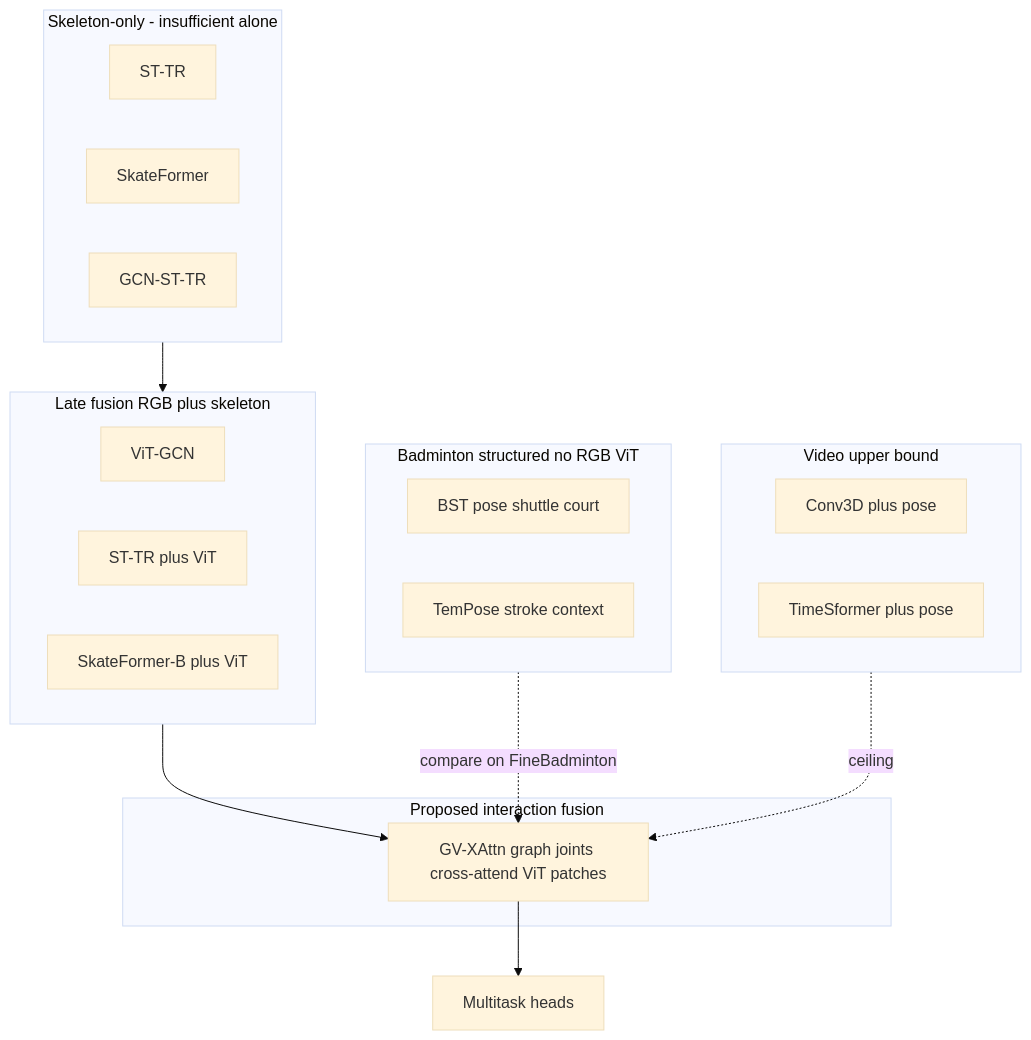
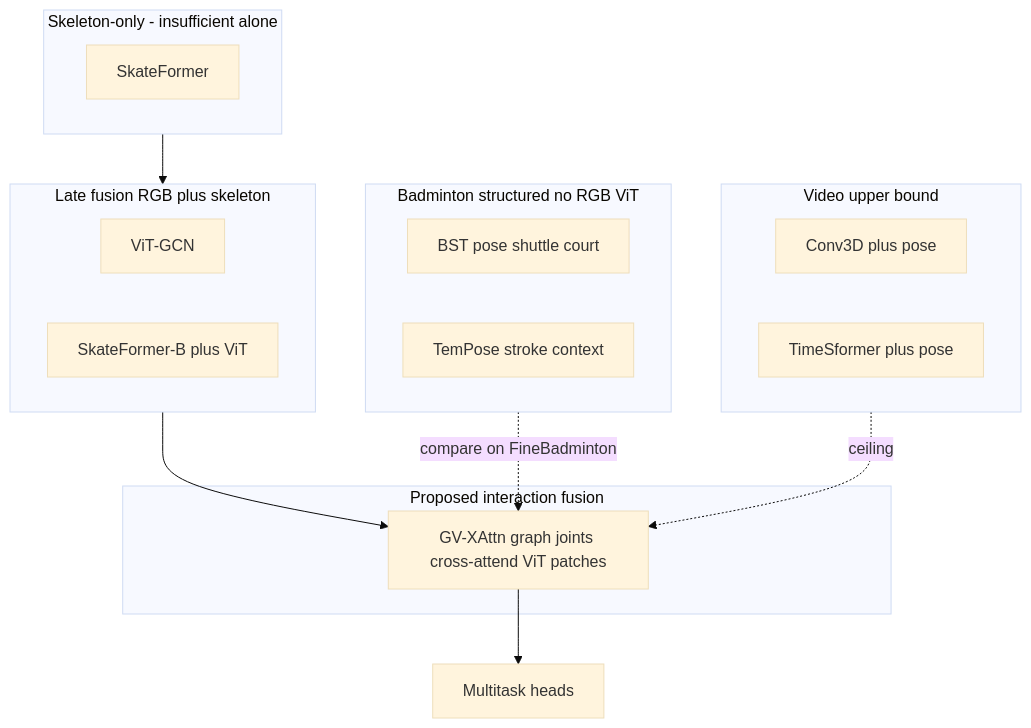
The first of 2 diagrams in docs/plan.md (Navneethd8/BadCoach), drawn with Mermaid (base theme) before and after one commit. The commit also changed other lines of this file and 76 other files, not shown here.

````diff
--- a/docs/plan.md
+++ b/docs/plan.md
@@ -40,34 +40,31 @@
 ```mermaid
 flowchart TB
   subgraph poseOnly [Skeleton-only - insufficient alone]
-    STTR[ST-TR]
     Skate[SkateFormer]
-    GCN[GCN-ST-TR]
   end
 
   subgraph lateFusion [Late fusion RGB plus skeleton]
     ViTGCN[ViT-GCN]
-    STTRViT[ST-TR plus ViT]
     SkateB[SkateFormer-B plus ViT]
   end
 
   subgraph proposed [Proposed interaction fusion]
     GVX[GV-XAttn graph joints cross-attend ViT patches]
   end
 
   subgraph structured [Badminton structured no RGB ViT]
     BST[BST pose shuttle court]
     TemPose[TemPose stroke context]
   end
 
   subgraph video [Video upper bound]
     Conv3D[Conv3D plus pose]
     TS[TimeSformer plus pose]
   end
 
   poseOnly --> lateFusion
   lateFusion --> GVX
   structured -.->|compare on FineBadminton| GVX
   video -.->|ceiling| GVX
   GVX --> Heads[Multitask heads]
 ```
````
